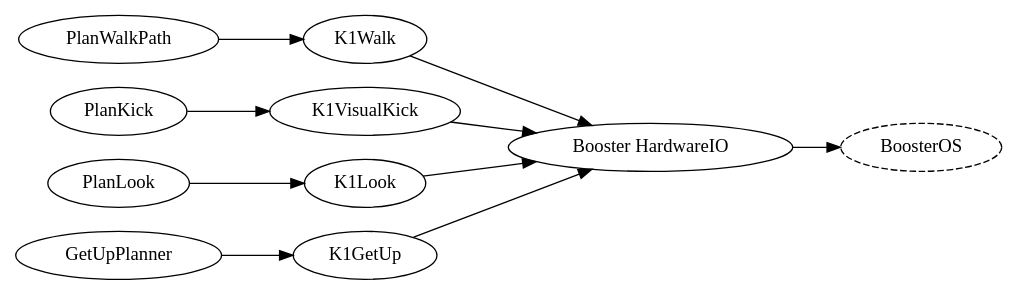
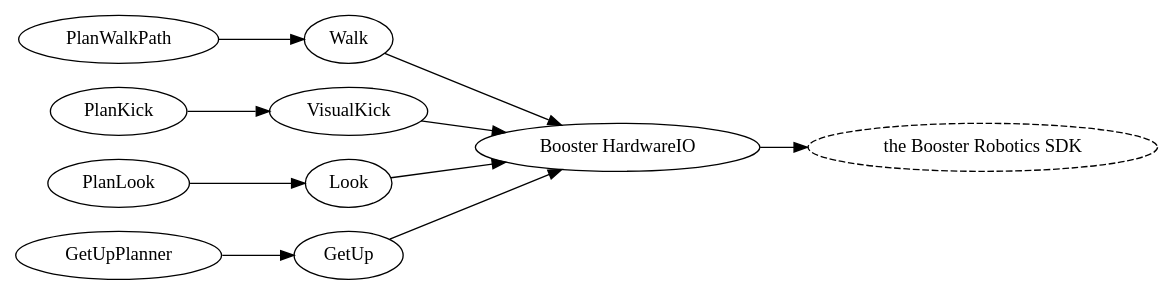
The diagram in src/book/02-system/02-subsystems/03-motion.mdx (NUbots/NUbook), drawn with Graphviz before and after one commit. The commit also changed other lines of this file and 65 other files, not shown here.

````diff
--- a/src/book/02-system/02-subsystems/03-motion.mdx
+++ b/src/book/02-system/02-subsystems/03-motion.mdx
@@ -14,12 +14,12 @@
 ```dot
 # The K1 motion pipeline.
 digraph motion {
   rankdir=LR
-  "BoosterOS" [style=dashed]
-  "PlanWalkPath" -> "K1Walk"
-  "PlanKick" -> "K1VisualKick"
-  "PlanLook" -> "K1Look"
-  "GetUpPlanner" -> "K1GetUp"
-  {"K1Walk", "K1VisualKick", "K1Look", "K1GetUp"} -> "Booster HardwareIO" -> "BoosterOS"
+  "the Booster Robotics SDK" [style=dashed]
+  "PlanWalkPath" -> "Walk"
+  "PlanKick" -> "VisualKick"
+  "PlanLook" -> "Look"
+  "GetUpPlanner" -> "GetUp"
+  {"Walk", "VisualKick", "Look", "GetUp"} -> "Booster HardwareIO" -> "the Booster Robotics SDK"
 }
 ```
````
